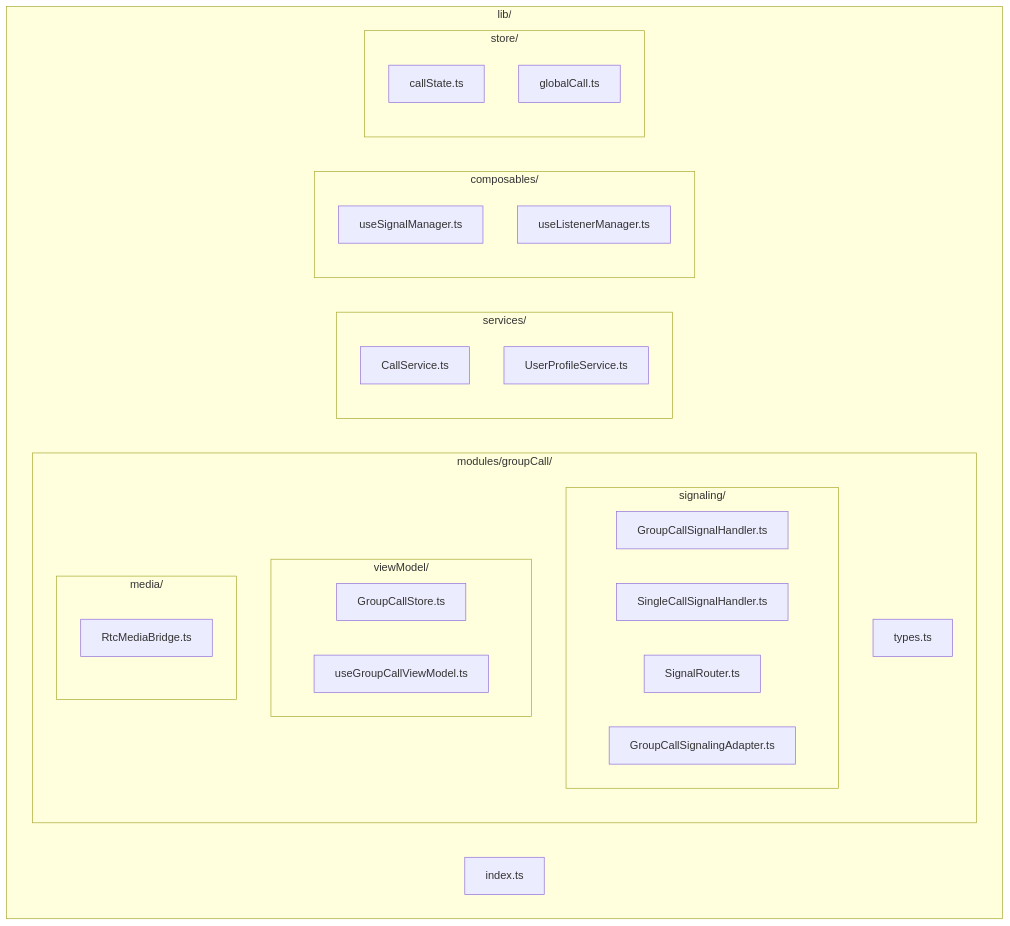
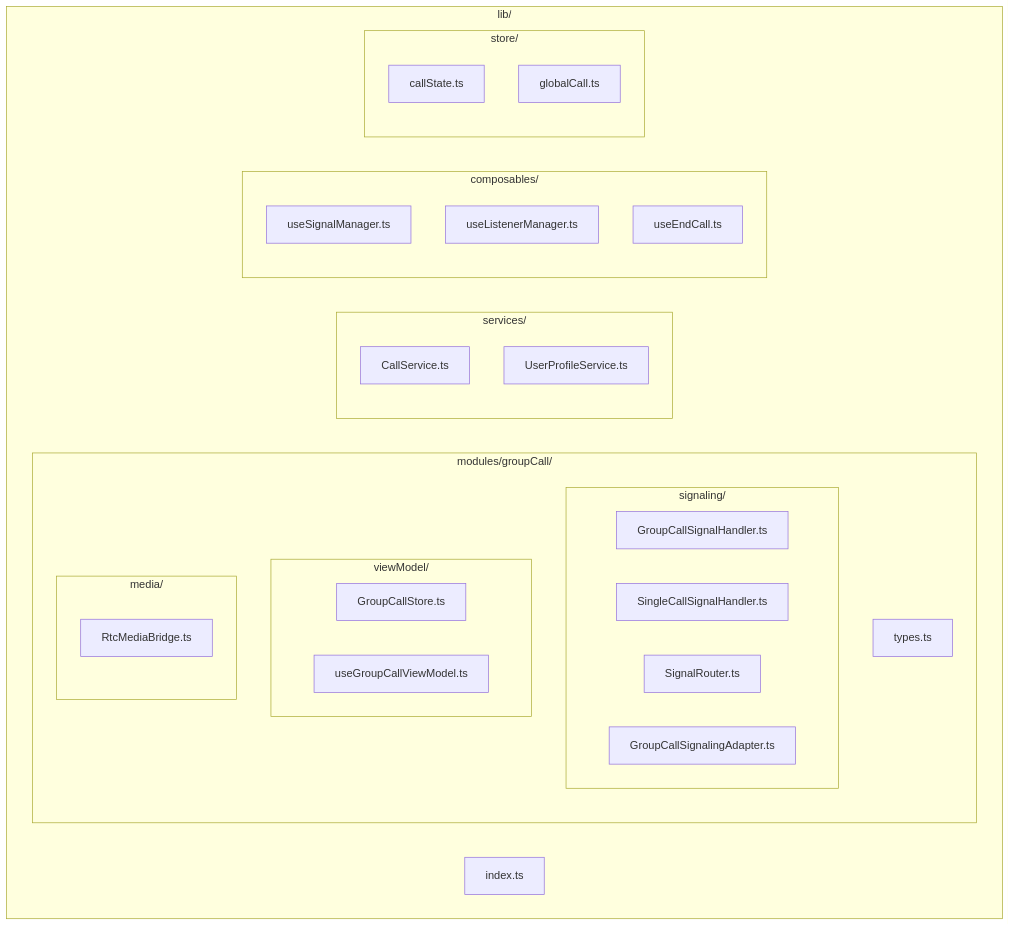
The first of 17 diagrams in .qoder/repowiki/zh/content/高级功能/群组通话信号处理器.md (Easemob-Community/easemob-uikit-callkit-vue3), drawn with Mermaid before and after one commit. The commit also changed other lines of this file and 12 other files, not shown here.

````diff
--- a/.qoder/repowiki/zh/content/高级功能/群组通话信号处理器.md
+++ b/.qoder/repowiki/zh/content/高级功能/群组通话信号处理器.md
@@ -56,36 +58,37 @@
 ```mermaid
 graph TB
 subgraph "lib/"
 subgraph "signaling/"
 GCH[GroupCallSignalHandler.ts]
 SCH[SingleCallSignalHandler.ts]
 SR[SignalRouter.ts]
 end
 subgraph "modules/groupCall/"
 subgraph "viewModel/"
 GCS[GroupCallStore.ts]
 UGCV[useGroupCallViewModel.ts]
 end
 subgraph "signaling/"
 GSA[GroupCallSignalingAdapter.ts]
 end
 subgraph "media/"
 RMB[RtcMediaBridge.ts]
 end
 TYPES[types.ts]
 end
 subgraph "services/"
 CS[CallService.ts]
 UPS[UserProfileService.ts]
 end
 subgraph "composables/"
 USM[useSignalManager.ts]
 ULM[useListenerManager.ts]
+UEC[useEndCall.ts]
 end
 subgraph "store/"
 CS2[callState.ts]
 GCS3[globalCall.ts]
 end
 INDEX[index.ts]
 end
 ```
````
